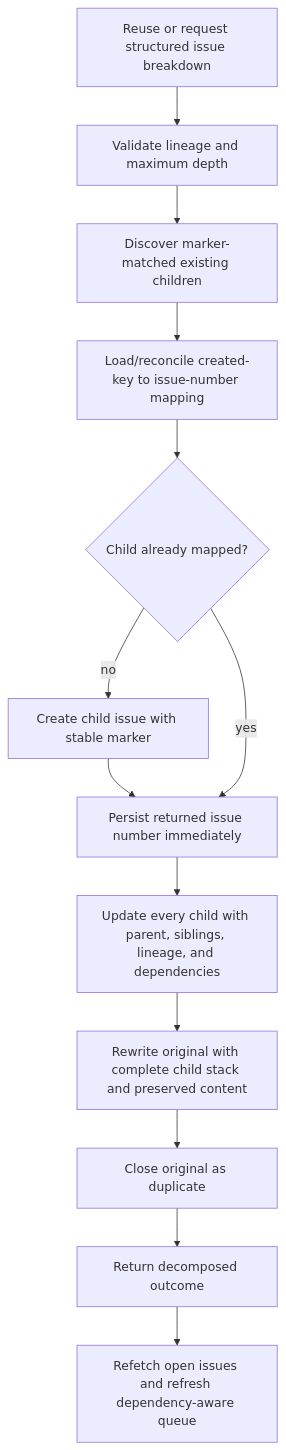
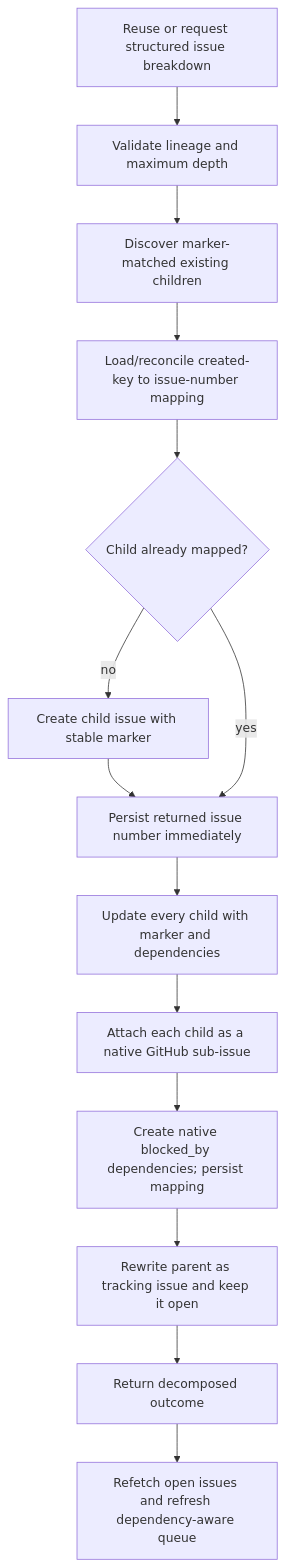
Before and after one commit to beremaran/ralphie: the fifth of 6 diagrams in docs/end-to-end-execution.md, drawn with Mermaid. The commit also changed other lines of this file and 24 other files, not shown here.

First line of the commit message:
Use native GitHub sub-issues and dependencies for decomposition

````diff
--- a/docs/end-to-end-execution.md
+++ b/docs/end-to-end-execution.md
@@ -332,15 +332,16 @@
 ```mermaid
 flowchart TD
     A["Reuse or request structured issue breakdown"] --> B["Validate lineage and maximum depth"]
     B --> C["Discover marker-matched existing children"]
     C --> D["Load/reconcile created-key to issue-number mapping"]
     D --> E{"Child already mapped?"}
     E -->|no| F["Create child issue with stable marker"]
     F --> G["Persist returned issue number immediately"]
     E -->|yes| G
-    G --> H["Update every child with parent, siblings, lineage, and dependencies"]
-    H --> I["Rewrite original with complete child stack and preserved content"]
-    I --> J["Close original as duplicate"]
-    J --> K["Return decomposed outcome"]
-    K --> L["Refetch open issues and refresh dependency-aware queue"]
+    G --> H["Update every child with marker and dependencies"]
+    H --> I["Attach each child as a native GitHub sub-issue"]
+    I --> J["Create native blocked_by dependencies; persist mapping"]
+    J --> K["Rewrite parent as tracking issue and keep it open"]
+    K --> L["Return decomposed outcome"]
+    L --> M["Refetch open issues and refresh dependency-aware queue"]
 ```
````
